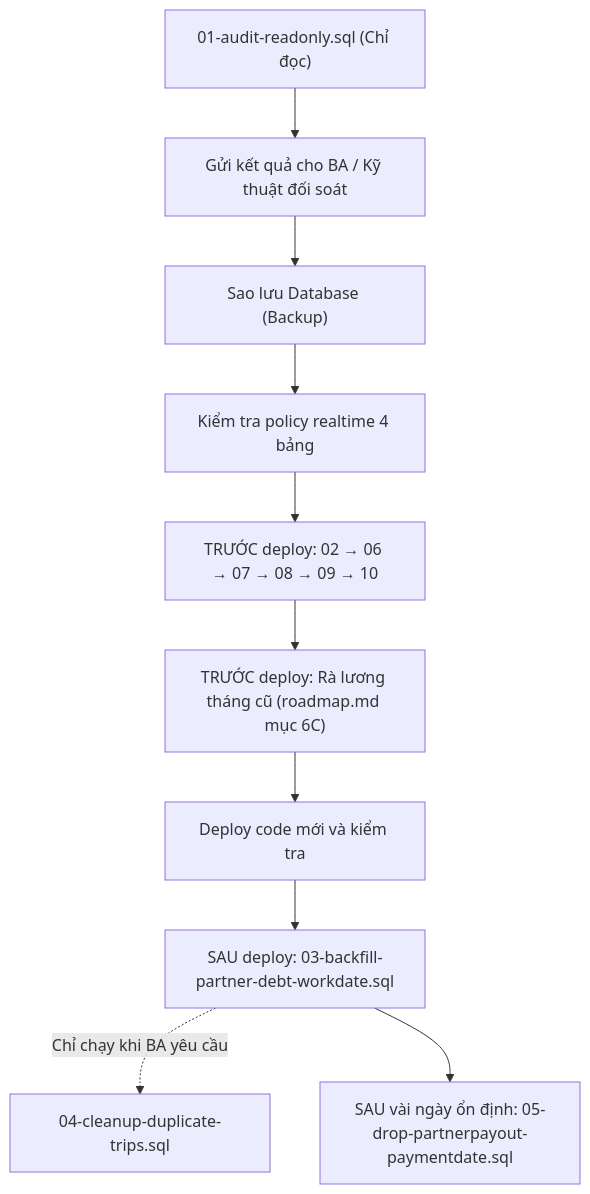
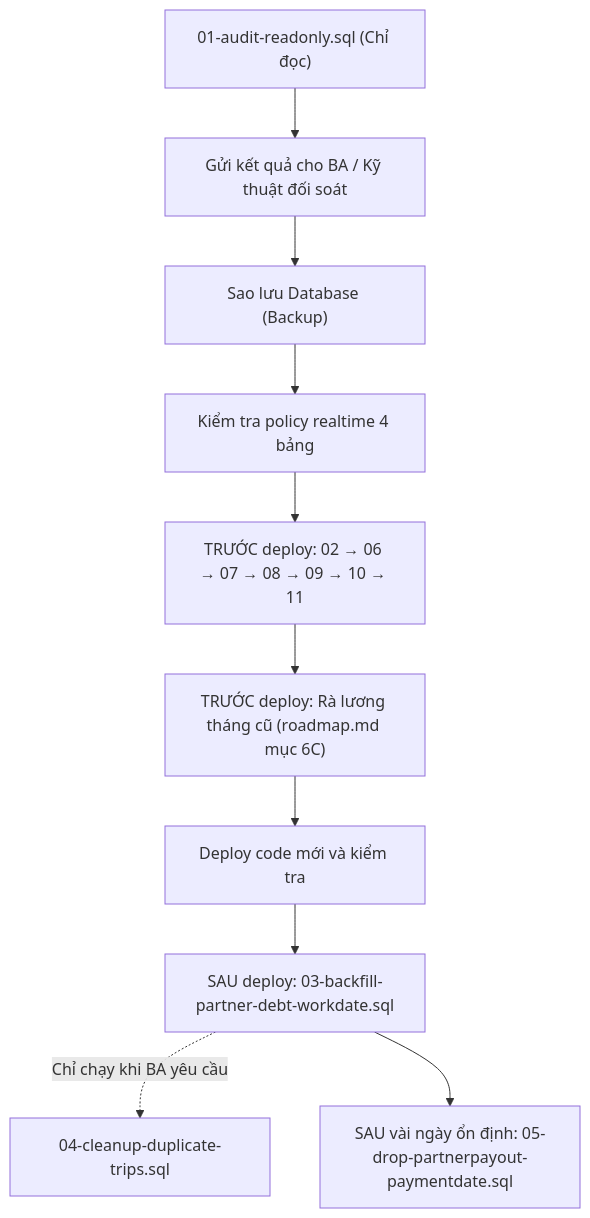
The diagram in web/supabase/scripts/README.md (xuanthai-work/CarMS), drawn with Mermaid before and after one commit. The commit also changed other lines of this file and 37 other files, not shown here.

````diff
--- a/web/supabase/scripts/README.md
+++ b/web/supabase/scripts/README.md
@@ -17,12 +17,12 @@
 ```mermaid
 flowchart TD
     A["01-audit-readonly.sql (Chỉ đọc)"] --> B["Gửi kết quả cho BA / Kỹ thuật đối soát"]
     B --> C["Sao lưu Database (Backup)"]
     C --> D["Kiểm tra policy realtime 4 bảng"]
-    D --> E["TRƯỚC deploy: 02 → 06 → 07 → 08 → 09 → 10"]
+    D --> E["TRƯỚC deploy: 02 → 06 → 07 → 08 → 09 → 10 → 11"]
     E --> F["TRƯỚC deploy: Rà lương tháng cũ (roadmap.md mục 6C)"]
     F --> G["Deploy code mới và kiểm tra"]
     G --> H["SAU deploy: 03-backfill-partner-debt-workdate.sql"]
     H -.->|Chỉ chạy khi BA yêu cầu| I["04-cleanup-duplicate-trips.sql"]
     H --> J["SAU vài ngày ổn định: 05-drop-partnerpayout-paymentdate.sql"]
 ```
````
